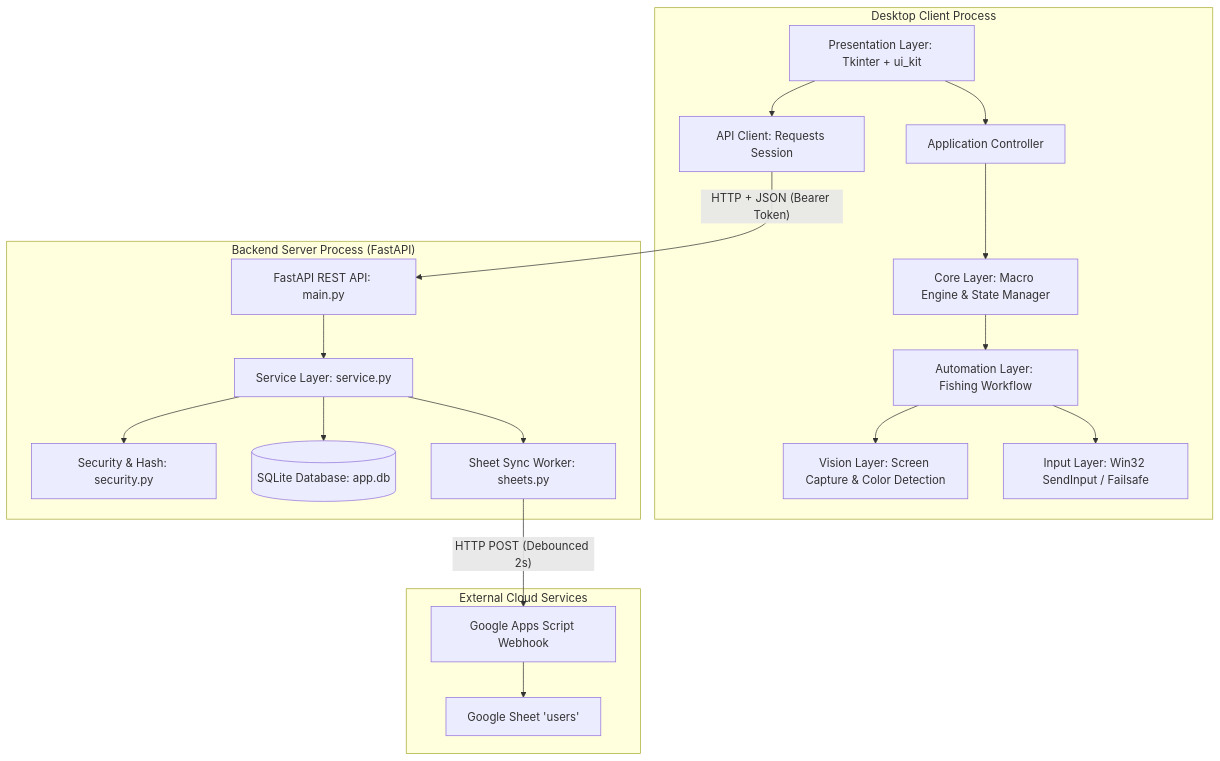
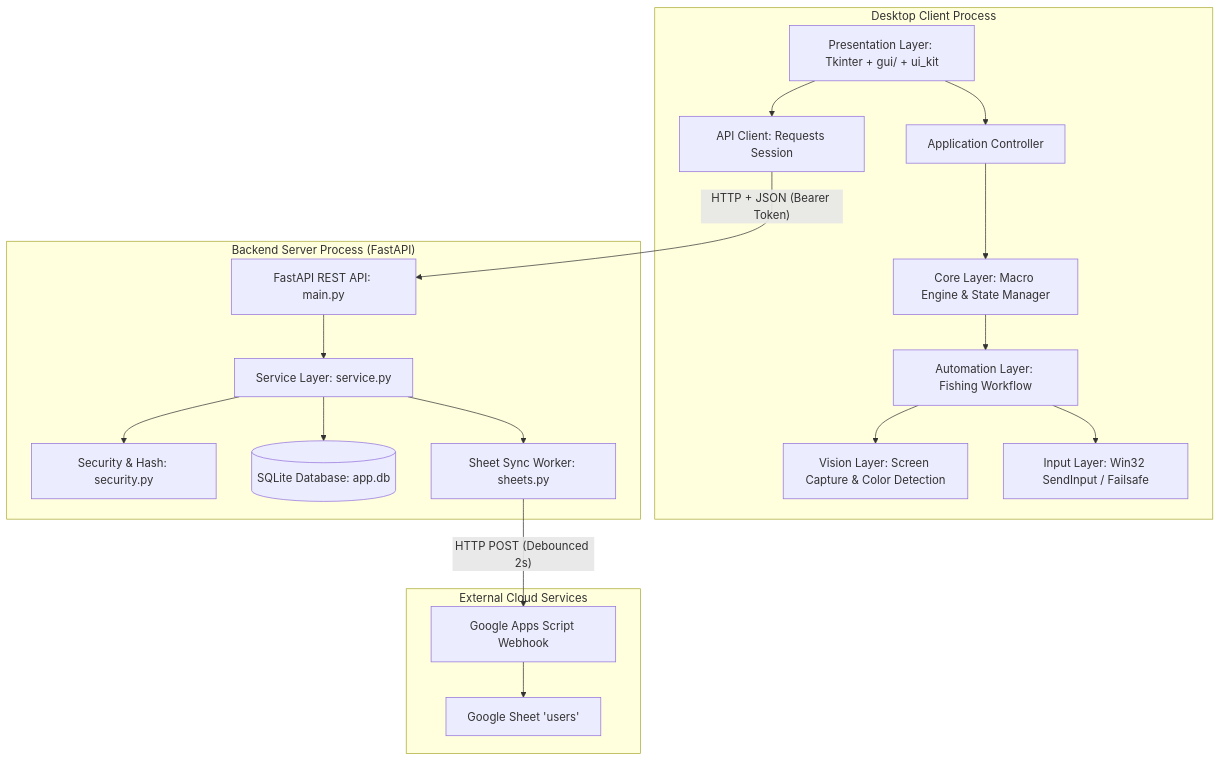
One commit to 69030304-bot/fisch_macro changed the first of 5 diagrams in docs/ARCHITECTURE.md. Above: the diagram before and after it, drawn with Mermaid. The commit also changed other lines of this file and 13 other files, not shown here.

````diff
--- a/docs/ARCHITECTURE.md
+++ b/docs/ARCHITECTURE.md
@@ -21,39 +21,39 @@
 ```mermaid
 graph TD
     subgraph "Desktop Client Process"
-        UI[Presentation Layer: Tkinter + ui_kit]
+        UI[Presentation Layer: Tkinter + gui/ + ui_kit]
         AppCtrl[Application Controller]
         Core[Core Layer: Macro Engine & State Manager]
         Auto[Automation Layer: Fishing Workflow]
         Vision[Vision Layer: Screen Capture & Color Detection]
         Input[Input Layer: Win32 SendInput / Failsafe]
         Net[API Client: Requests Session]
     end
 
     subgraph "Backend Server Process (FastAPI)"
         API[FastAPI REST API: main.py]
         Svc[Service Layer: service.py]
         Sec[Security & Hash: security.py]
         DB[(SQLite Database: app.db)]
         Sync[Sheet Sync Worker: sheets.py]
     end
 
     subgraph "External Cloud Services"
         GAS[Google Apps Script Webhook]
         GSheet[Google Sheet 'users']
     end
 
     UI --> AppCtrl
     AppCtrl --> Core
     Core --> Auto
     Auto --> Vision
     Auto --> Input
     UI --> Net
     Net -- "HTTP + JSON (Bearer Token)" --> API
     API --> Svc
     Svc --> Sec
     Svc --> DB
     Svc --> Sync
     Sync -- "HTTP POST (Debounced 2s)" --> GAS
     GAS --> GSheet
 ```
````
